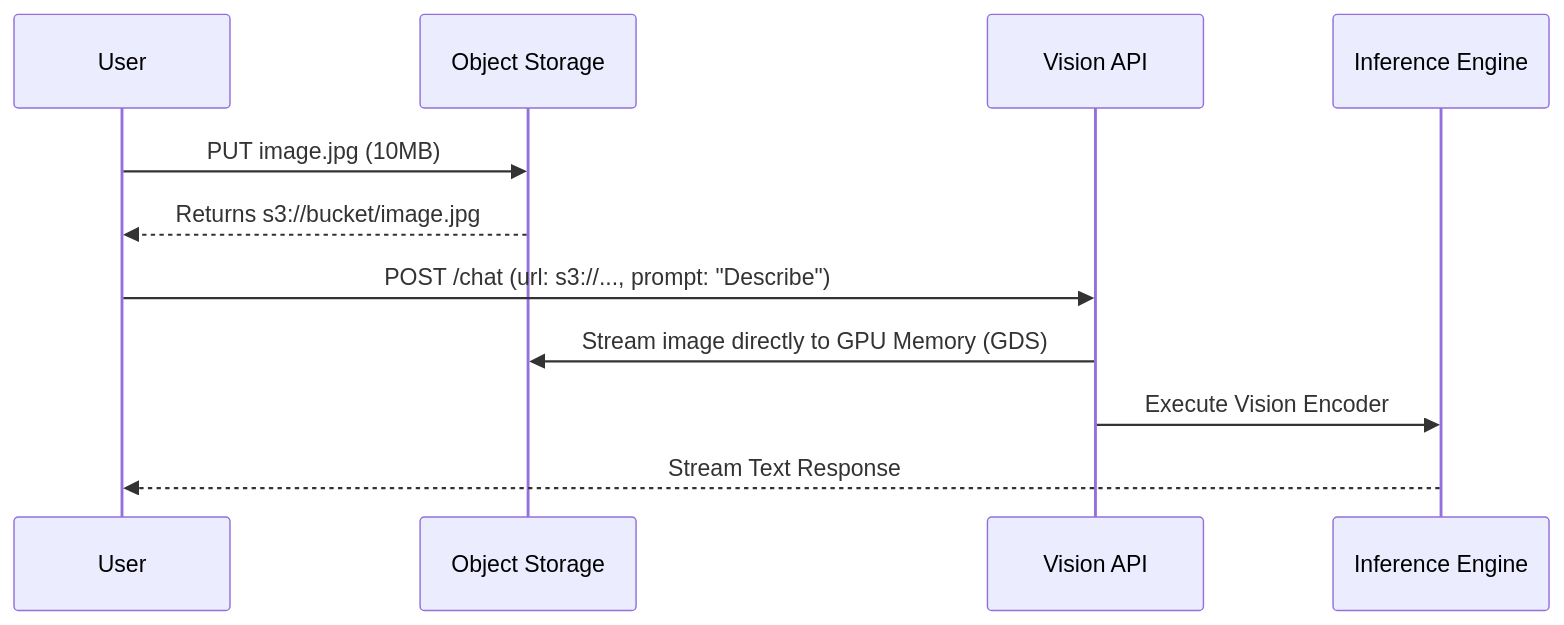
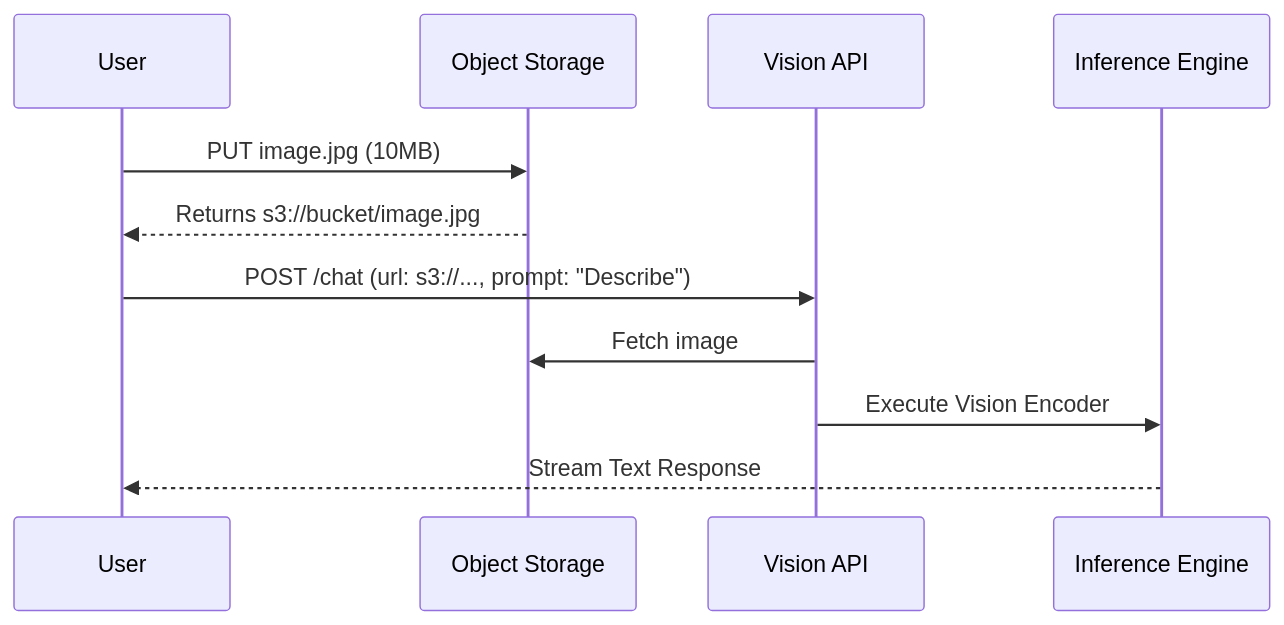
The fifth of 5 diagrams in docs/volume-05/03-ai-autoscaling-rag-masterclass.md (jithinpnjm/nvidia-devops), drawn with Mermaid before and after one commit. The commit also changed other lines of this file and 289 other files, not shown here.

````diff
--- a/docs/volume-05/03-ai-autoscaling-rag-masterclass.md
+++ b/docs/volume-05/03-ai-autoscaling-rag-masterclass.md
@@ -532,14 +533,14 @@
 ```mermaid
 sequenceDiagram
     participant User
     participant S3 as Object Storage
     participant VLM as Vision API
     participant GPU as Inference Engine
     
     User->>S3: PUT image.jpg (10MB)
     S3-->>User: Returns s3://bucket/image.jpg
     User->>VLM: POST /chat (url: s3://..., prompt: "Describe")
-    VLM->>S3: Stream image directly to GPU Memory (GDS)
+    VLM->>S3: Fetch image
     VLM->>GPU: Execute Vision Encoder
     GPU-->>User: Stream Text Response
 ```
````
